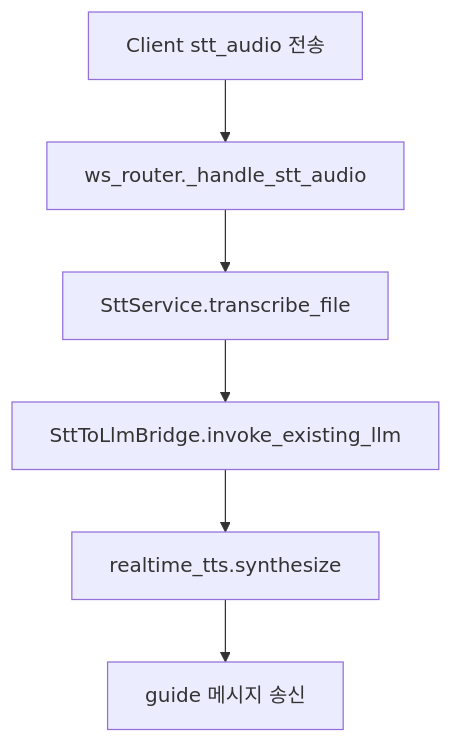
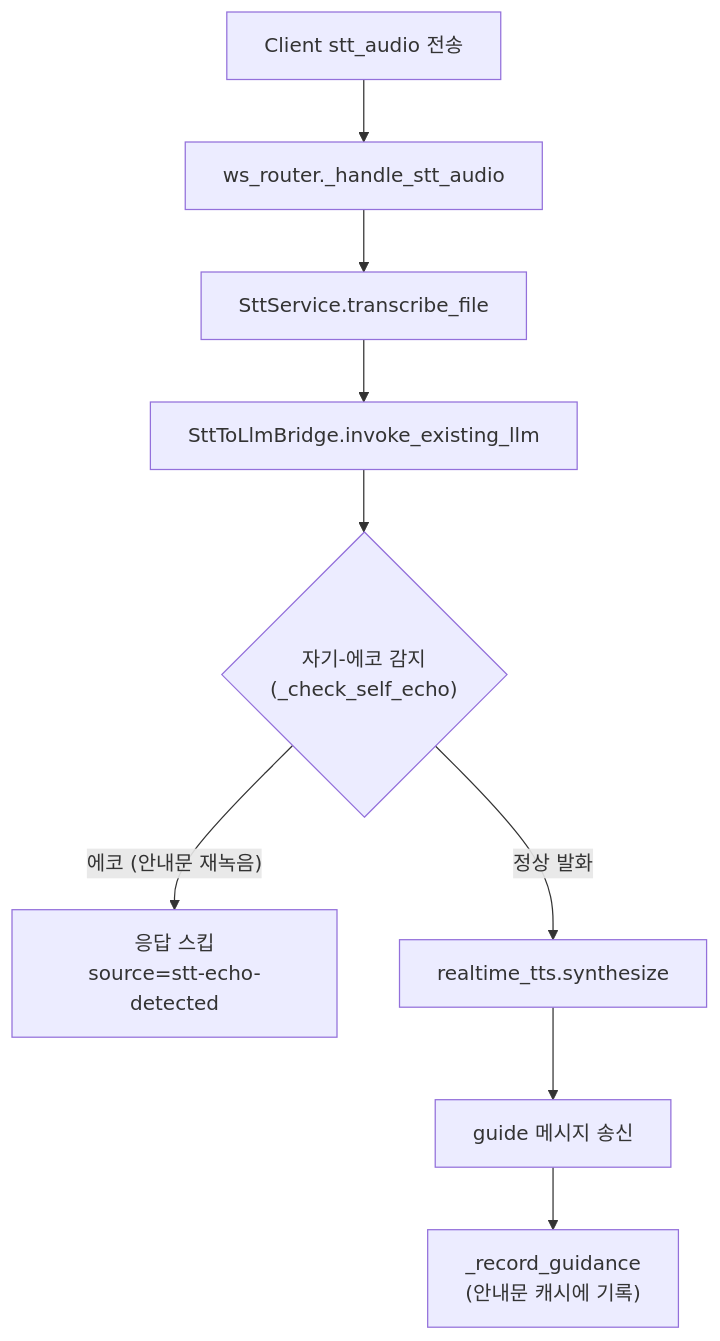
Before and after one commit to Groog-sudo/Minchodan: the diagram in docs/stage-guides/stage_stt_integration_guide.md, drawn with Mermaid. The commit also changed other lines of this file and 11 other files, not shown here.

````diff
--- a/docs/stage-guides/stage_stt_integration_guide.md
+++ b/docs/stage-guides/stage_stt_integration_guide.md
@@ -24,8 +24,11 @@
 ```mermaid
 flowchart TD
     A["Client stt_audio 전송"] --> B["ws_router._handle_stt_audio"]
     B --> C["SttService.transcribe_file"]
     C --> D["SttToLlmBridge.invoke_existing_llm"]
-    D --> E["realtime_tts.synthesize"]
+    D --> ECHO{"자기-에코 감지<br/>(_check_self_echo)"}
+    ECHO -->|"에코 (안내문 재녹음)"| SKIP["응답 스킵<br/>source=stt-echo-detected"]
+    ECHO -->|"정상 발화"| E["realtime_tts.synthesize"]
     E --> F["guide 메시지 송신"]
+    F --> REC["_record_guidance<br/>(안내문 캐시에 기록)"]
 ```
````
